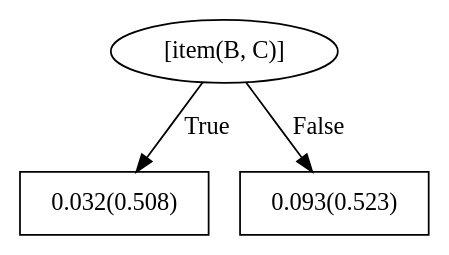
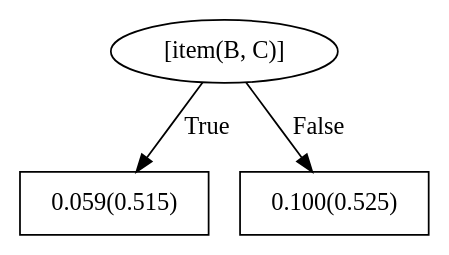
One commit to vnagpal25/BEACON changed the diagram in boosted_bandit/trial2/train/models/bRDNs/dotFiles/WILLTreeFor_recommendation11.dot. Above: the diagram before and after it, drawn with Graphviz. The commit also changed 255 other files, not shown here.

```diff
--- a/boosted_bandit/trial2/train/models/bRDNs/dotFiles/WILLTreeFor_recommendation11.dot
+++ b/boosted_bandit/trial2/train/models/bRDNs/dotFiles/WILLTreeFor_recommendation11.dot
@@ -1,7 +1,7 @@
 digraph G{ 
 1[label = "[item(B, C)]"];
 1 -> 2[label="True"];
 1 -> 3[label="False"];
-2[shape = box,label = "0.032(0.508)"];
-3[shape = box,label = "0.093(0.523)"];
+2[shape = box,label = "0.059(0.515)"];
+3[shape = box,label = "0.100(0.525)"];
 }
```
